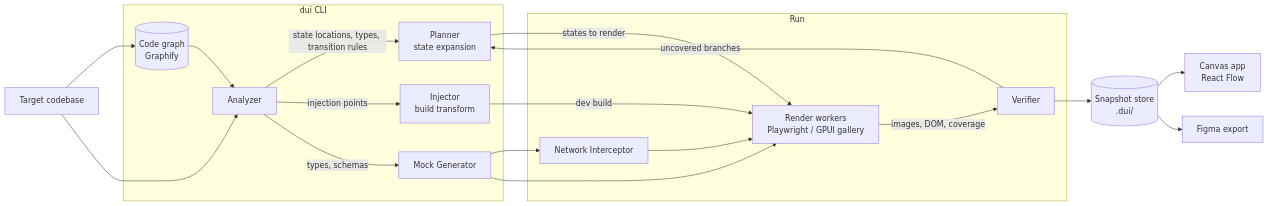
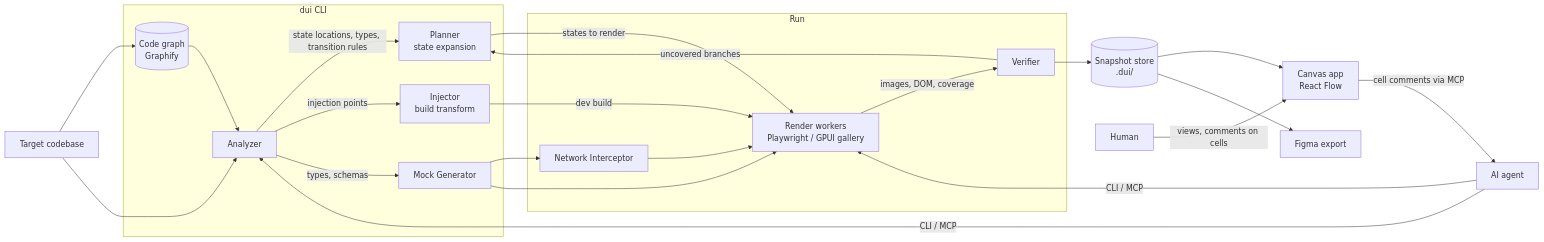
The diagram in docs/en/design-v0.md (de-novo/dui), drawn with Mermaid before and after one commit. The commit also changed other lines of this file and 5 other files, not shown here.

````diff
--- a/docs/en/design-v0.md
+++ b/docs/en/design-v0.md
@@ -46,34 +58,38 @@
 ```mermaid
 flowchart LR
   subgraph CLI["dui CLI"]
     A[Analyzer]
     G[(Code graph<br/>Graphify)]
     I[Injector<br/>build transform]
     M[Mock Generator]
     P[Planner<br/>state expansion]
   end
   subgraph Run["Run"]
     N[Network Interceptor]
     R[Render workers<br/>Playwright / GPUI gallery]
     V[Verifier]
   end
   S[(Snapshot store<br/>.dui/)]
   C[Canvas app<br/>React Flow]
   F[Figma export]
 
   Code[Target codebase] --> G --> A
   Code --> A
   A -->|state locations, types, transition rules| P
   A -->|injection points| I
   A -->|types, schemas| M
   P -->|states to render| R
   M --> N
   M --> R
   I -->|dev build| R
   N --> R
   R -->|images, DOM, coverage| V
   V --> S
   S --> C
   S --> F
   V -->|uncovered branches| P
+  AI[AI agent] -->|CLI / MCP| A
+  AI -->|CLI / MCP| R
+  H[Human] -->|views, comments on cells| C
+  C -->|cell comments via MCP| AI
 ```
````
